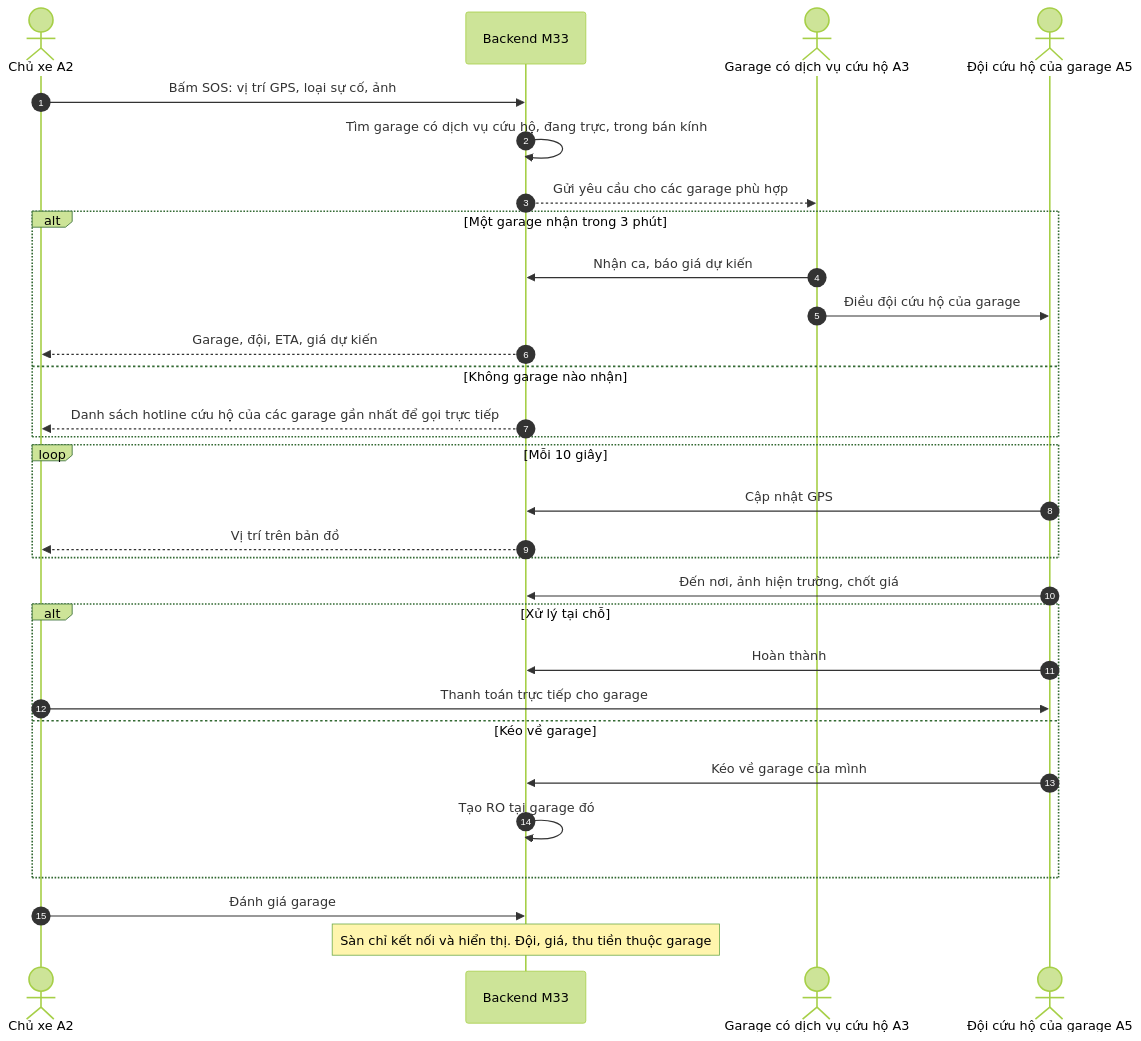
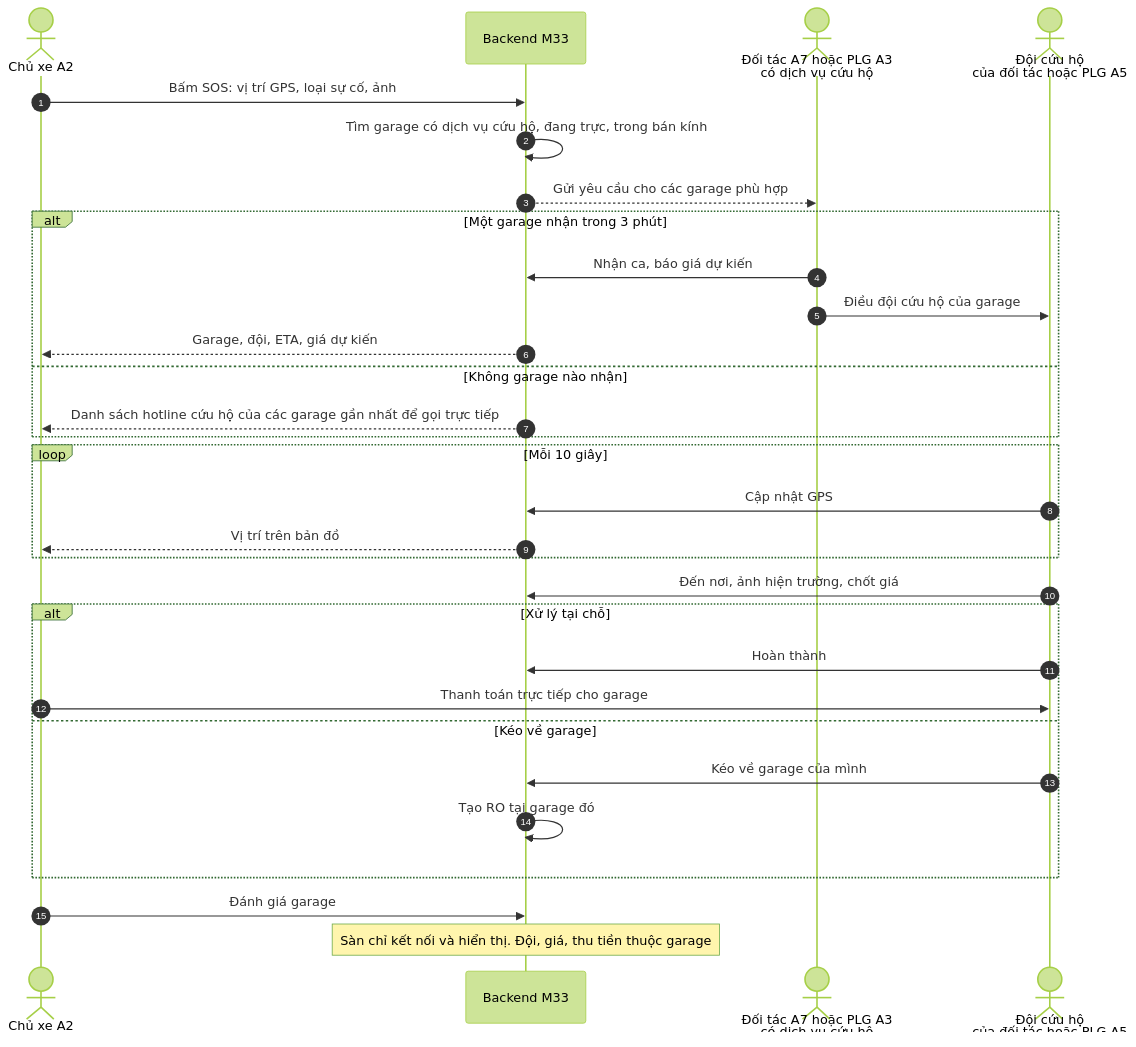
One commit to south93/cardiy-crm changed the fifth of 9 diagrams in docs/04-luong-nghiep-vu.md. Above: the diagram before and after it, drawn with Mermaid (forest theme). The commit also changed other lines of this file and 23 other files, not shown here.

First line of the commit message:
Vòng 0.4: tách Đối tác: 1 tài khoản, Cổng đối tác, không có CRM

````diff
--- a/docs/04-luong-nghiep-vu.md
+++ b/docs/04-luong-nghiep-vu.md
@@ -141,33 +141,33 @@
 ```mermaid
 sequenceDiagram
   autonumber
   actor CX as Chủ xe A2
   participant API as Backend M33
-  actor G as Garage có dịch vụ cứu hộ A3
-  actor CH as Đội cứu hộ của garage A5
+  actor G as Đối tác A7 hoặc PLG A3<br/>có dịch vụ cứu hộ
+  actor CH as Đội cứu hộ<br/>của đối tác hoặc PLG A5
 
   CX->>API: Bấm SOS: vị trí GPS, loại sự cố, ảnh
   API->>API: Tìm garage có dịch vụ cứu hộ, đang trực, trong bán kính
   API-->>G: Gửi yêu cầu cho các garage phù hợp
   alt Một garage nhận trong 3 phút
     G->>API: Nhận ca, báo giá dự kiến
     G->>CH: Điều đội cứu hộ của garage
     API-->>CX: Garage, đội, ETA, giá dự kiến
   else Không garage nào nhận
     API-->>CX: Danh sách hotline cứu hộ của các garage gần nhất để gọi trực tiếp
   end
   loop Mỗi 10 giây
     CH->>API: Cập nhật GPS
     API-->>CX: Vị trí trên bản đồ
   end
   CH->>API: Đến nơi, ảnh hiện trường, chốt giá
   alt Xử lý tại chỗ
     CH->>API: Hoàn thành
     CX->>CH: Thanh toán trực tiếp cho garage
   else Kéo về garage
     CH->>API: Kéo về garage của mình
     API->>API: Tạo RO tại garage đó
   end
   CX->>API: Đánh giá garage
   Note over API: Sàn chỉ kết nối và hiển thị. Đội, giá, thu tiền thuộc garage
 ```
````
